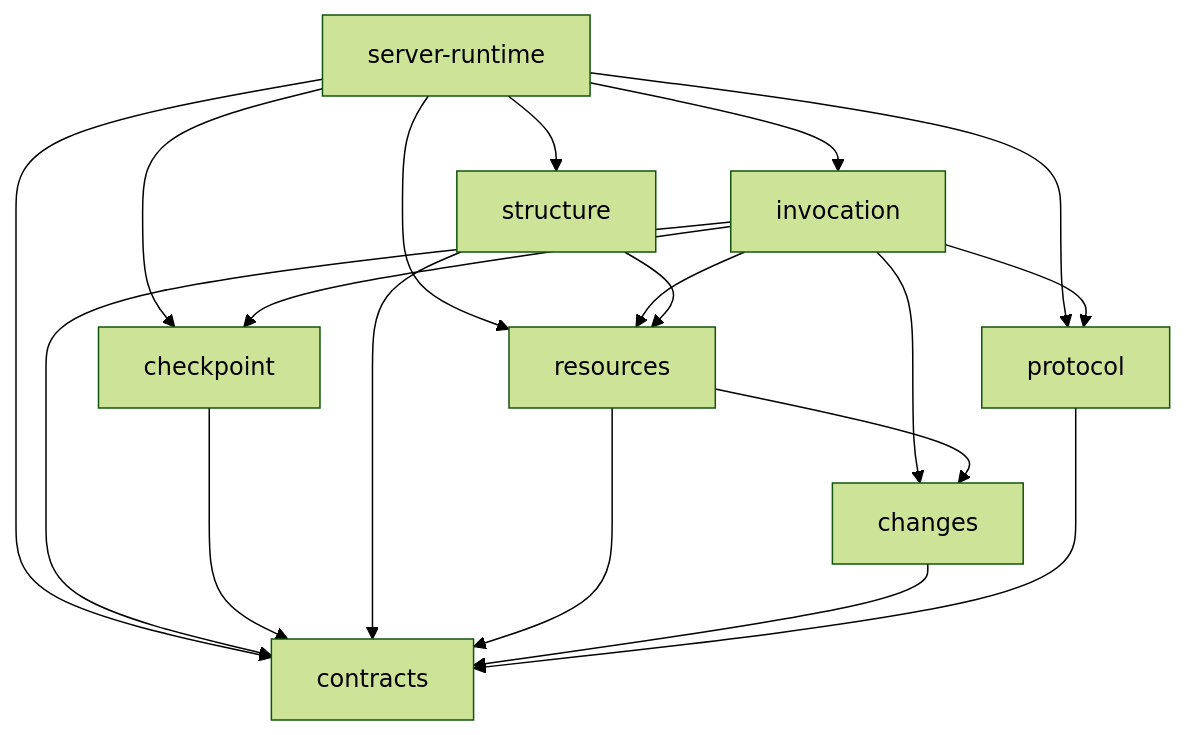
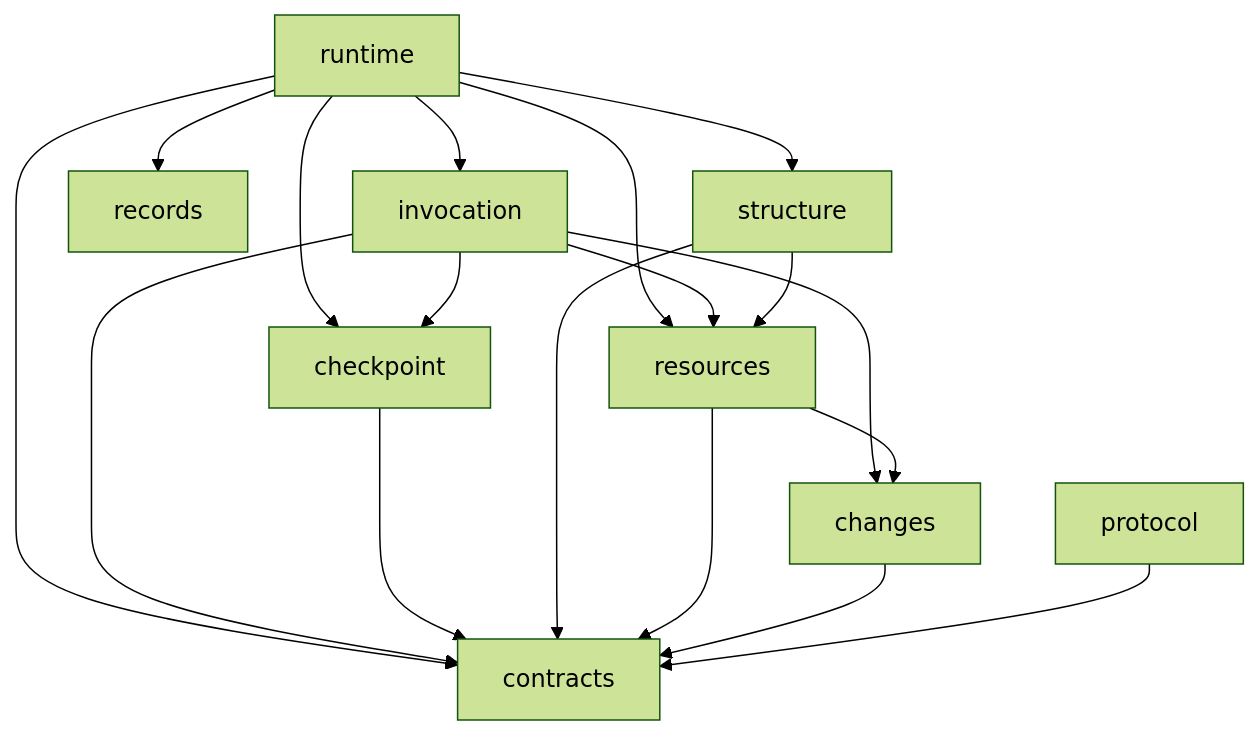
Before and after one commit to weiliang0121/capix: the diagram in docs/contracts-protocol.md, drawn with Mermaid (forest theme). The commit also changed other lines of this file and 137 other files, not shown here.

````diff
--- a/docs/contracts-protocol.md
+++ b/docs/contracts-protocol.md
@@ -19,21 +19,20 @@
 ```mermaid
 flowchart TD
-  Runtime[server-runtime] --> Structure[structure]
+  Runtime[runtime] --> Structure[structure]
   Runtime --> Resources[resources]
-  Runtime --> Protocol[protocol]
+  Runtime --> Records[records]
   Runtime --> Contracts[contracts]
   Runtime --> Checkpoint[checkpoint]
   Runtime --> Invocation[invocation]
   Invocation --> Contracts
   Invocation --> Resources
-  Invocation --> Protocol
   Invocation --> Checkpoint
   Invocation --> Changes[changes]
   Checkpoint --> Contracts
   Structure --> Resources
   Structure --> Contracts
   Resources --> Contracts
   Resources --> Changes
   Changes --> Contracts
-  Protocol --> Contracts
+  Protocol[protocol] --> Contracts
 ```
````
